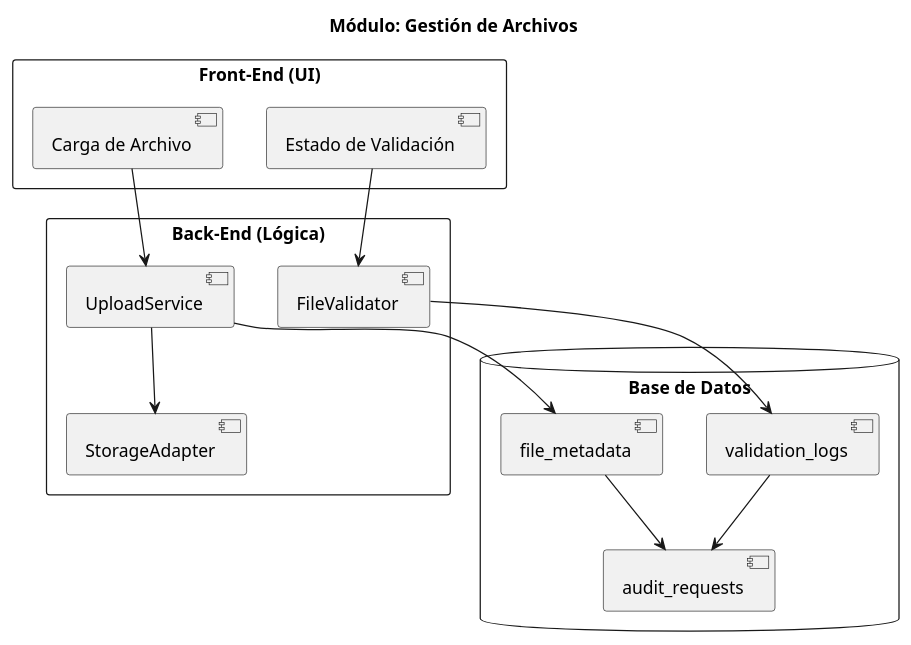
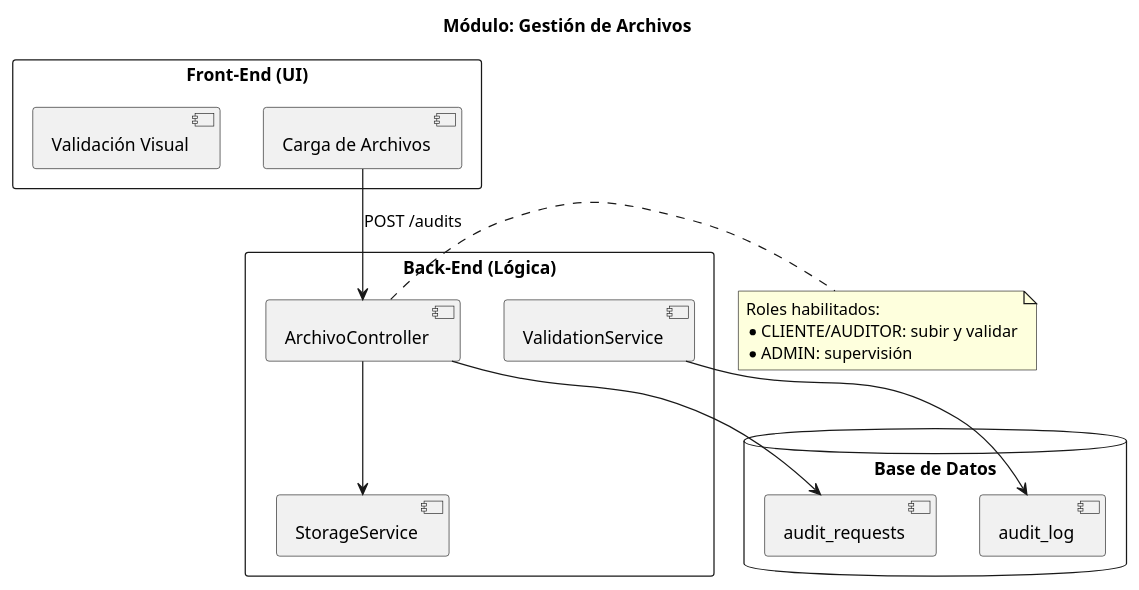
The diagram in docs/plantuml/archivos.puml (Orlamrt/SistemaContableISW), drawn with PlantUML before and after one commit. The commit also changed 48 other files, not shown here.

```diff
--- a/docs/plantuml/archivos.puml
+++ b/docs/plantuml/archivos.puml
@@ -1,29 +1,31 @@
 @startuml
 title Módulo: Gestión de Archivos
 
 rectangle "Front-End (UI)" {
-  [Carga de Archivo]
-  [Estado de Validación]
+  [Carga de Archivos]
+  [Validación Visual]
 }
 
 rectangle "Back-End (Lógica)" {
-  [UploadService]
-  [FileValidator]
-  [StorageAdapter]
+  [ArchivoController]
+  [StorageService]
+  [ValidationService]
 }
+
+note right of [ArchivoController]
+  Roles habilitados:
+  * CLIENTE/AUDITOR: subir y validar
+  * ADMIN: supervisión
+end note
 
 database "Base de Datos" {
   [audit_requests]
-  [validation_logs]
-  [file_metadata]
+  [audit_log]
 }
 
-[Carga de Archivo] --> [UploadService]
-[Estado de Validación] --> [FileValidator]
-[UploadService] --> [StorageAdapter]
-[UploadService] --> [file_metadata]
-[FileValidator] --> [validation_logs]
-[file_metadata] --> [audit_requests]
-[validation_logs] --> [audit_requests]
+[Carga de Archivos] --> [ArchivoController] : POST /audits
+[ArchivoController] --> [StorageService]
+[ArchivoController] --> [audit_requests]
+[ValidationService] --> [audit_log]
 
 @enduml
```
